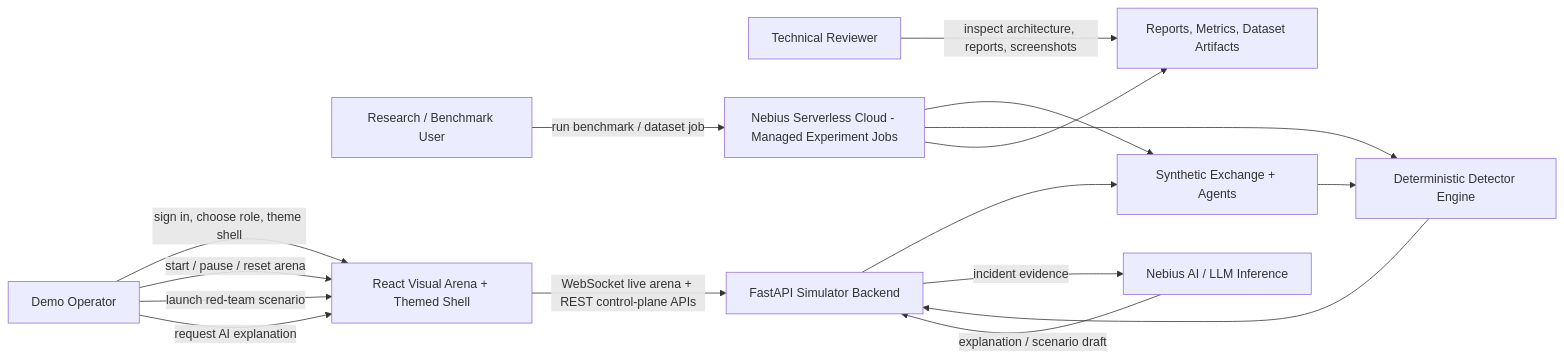
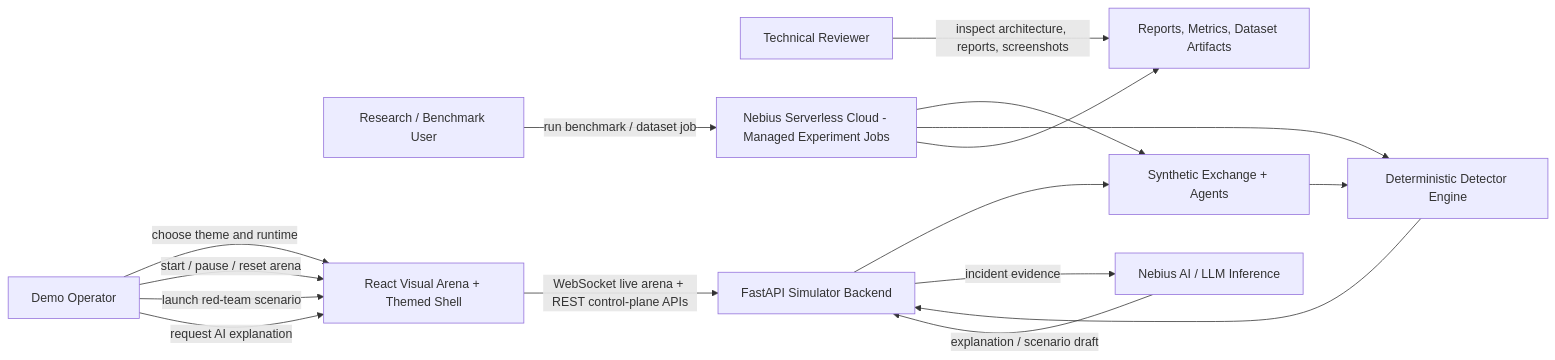
The second of 11 diagrams in docs/USE_CASES.md (khab40/aimada), drawn with Mermaid before and after one commit. The commit also changed other lines of this file and 94 other files, not shown here.

````diff
--- a/docs/USE_CASES.md
+++ b/docs/USE_CASES.md
@@ -73,29 +72,29 @@
 ```mermaid
 graph LR
     Operator["Demo Operator"]
     Reviewer["Technical Reviewer"]
     Researcher["Research / Benchmark User"]
     UI["React Visual Arena + Themed Shell"]
     Backend["FastAPI Simulator Backend"]
     Simulation["Synthetic Exchange + Agents"]
     Detectors["Deterministic Detector Engine"]
     NebiusEndpoint["Nebius AI / LLM Inference"]
     NebiusJobs["Nebius Serverless Cloud - Managed Experiment Jobs"]
     Artifacts["Reports, Metrics, Dataset Artifacts"]
 
-    Operator -->|"sign in, choose role, theme shell"| UI
+    Operator -->|"choose theme and runtime"| UI
     Operator -->|"start / pause / reset arena"| UI
     Operator -->|"launch red-team scenario"| UI
     Operator -->|"request AI explanation"| UI
     UI -->|"WebSocket live arena + REST control-plane APIs"| Backend
     Backend --> Simulation
     Simulation --> Detectors
     Detectors --> Backend
     Backend -->|"incident evidence"| NebiusEndpoint
     NebiusEndpoint -->|"explanation / scenario draft"| Backend
     Researcher -->|"run benchmark / dataset job"| NebiusJobs
     NebiusJobs --> Simulation
     NebiusJobs --> Detectors
     NebiusJobs --> Artifacts
     Reviewer -->|"inspect architecture, reports, screenshots"| Artifacts
 ```
````
